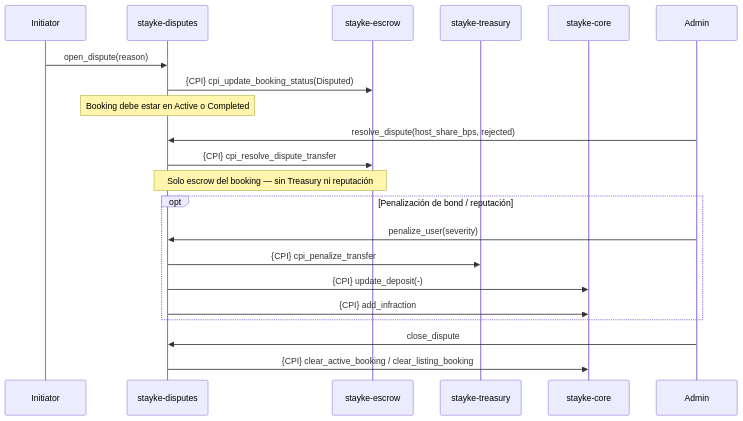
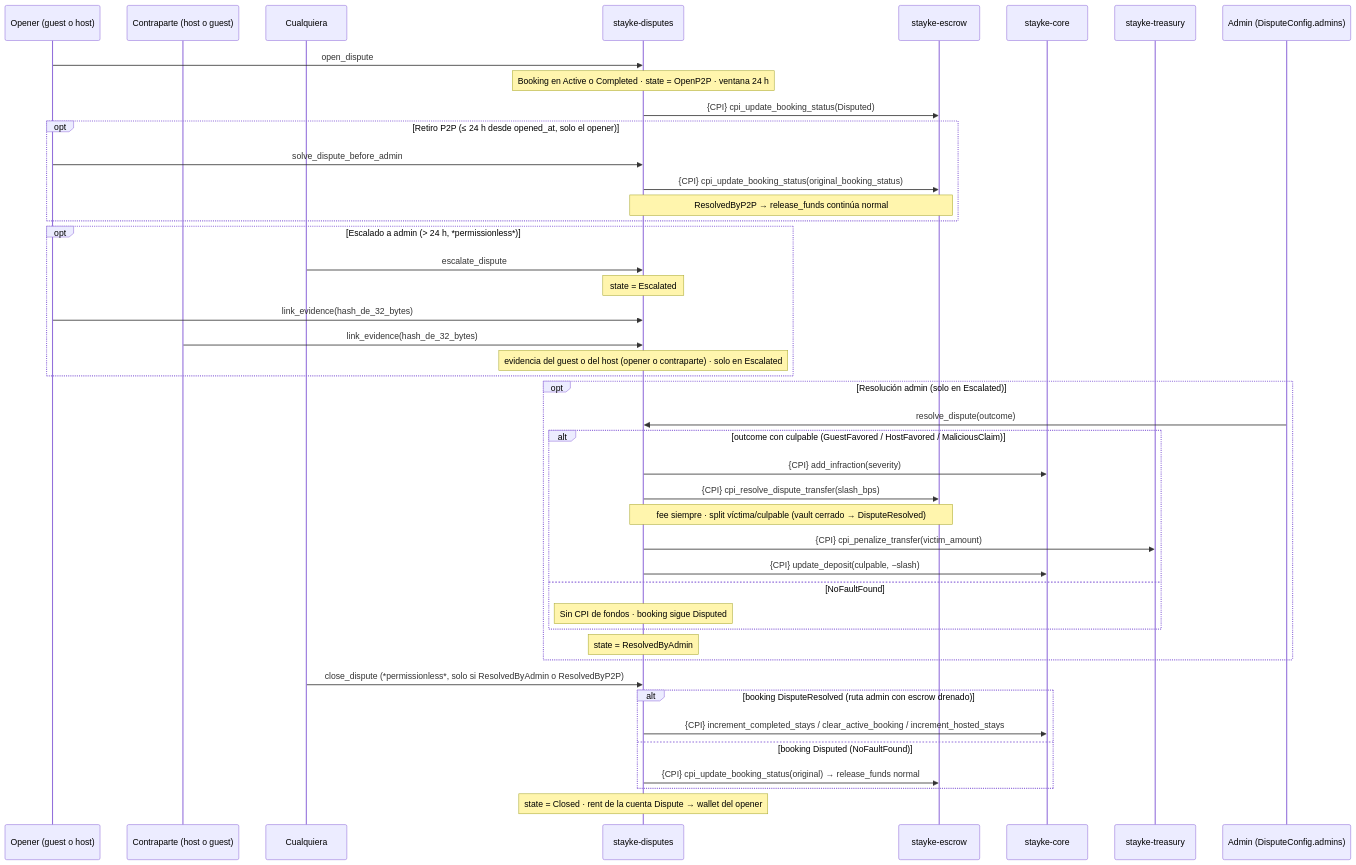
One commit to GestLabs2-0/stayke-contracts changed the fifth of 8 diagrams in docs/stayke-flow-diagram.md. Above: the diagram before and after it, drawn with Mermaid. The commit also changed other lines of this file and 4 other files, not shown here.

````diff
--- a/docs/stayke-flow-diagram.md
+++ b/docs/stayke-flow-diagram.md
@@ -202,27 +211,51 @@
 ```mermaid
 sequenceDiagram
-    participant U as Initiator
+    participant OP as Opener (guest o host)
+    participant CP as Contraparte (host o guest)
+    participant Any as Cualquiera
     participant D as stayke-disputes
     participant E as stayke-escrow
+    participant C as stayke-core
     participant T as stayke-treasury
-    participant C as stayke-core
-    participant A as Admin
+    participant A as Admin (DisputeConfig.admins)
 
-    U->>D: open_dispute(reason)
+    OP->>D: open_dispute
+    Note over D: Booking en Active o Completed · state = OpenP2P · ventana 24 h
     D->>E: {CPI} cpi_update_booking_status(Disputed)
-    Note over D: Booking debe estar en Active o Completed
 
-    A->>D: resolve_dispute(host_share_bps, rejected)
-    D->>E: {CPI} cpi_resolve_dispute_transfer
-    Note over D,E: Solo escrow del booking — sin Treasury ni reputación
-
-    opt Penalización de bond / reputación
-        A->>D: penalize_user(severity)
-        D->>T: {CPI} cpi_penalize_transfer
-        D->>C: {CPI} update_deposit(-)
-        D->>C: {CPI} add_infraction
+    opt Retiro P2P (≤ 24 h desde opened_at, solo el opener)
+        OP->>D: solve_dispute_before_admin
+        D->>E: {CPI} cpi_update_booking_status(original_booking_status)
+        Note over D,E: ResolvedByP2P → release_funds continúa normal
     end
 
-    A->>D: close_dispute
-    D->>C: {CPI} clear_active_booking / clear_listing_booking
+    opt Escalado a admin (> 24 h, *permissionless*)
+        Any->>D: escalate_dispute
+        Note over D: state = Escalated
+        OP->>D: link_evidence(hash_de_32_bytes)
+        CP->>D: link_evidence(hash_de_32_bytes)
+        Note over D: evidencia del guest o del host (opener o contraparte) · solo en Escalated
+    end
+
+    opt Resolución admin (solo en Escalated)
+        A->>D: resolve_dispute(outcome)
+        alt outcome con culpable (GuestFavored / HostFavored / MaliciousClaim)
+            D->>C: {CPI} add_infraction(severity)
+            D->>E: {CPI} cpi_resolve_dispute_transfer(slash_bps)
+            Note over D,E: fee siempre · split víctima/culpable (vault cerrado → DisputeResolved)
+            D->>T: {CPI} cpi_penalize_transfer(victim_amount)
+            D->>C: {CPI} update_deposit(culpable, −slash)
+        else NoFaultFound
+            Note over D: Sin CPI de fondos · booking sigue Disputed
+        end
+        Note over D: state = ResolvedByAdmin
+    end
+
+    Any->>D: close_dispute (*permissionless*, solo si ResolvedByAdmin o ResolvedByP2P)
+    alt booking DisputeResolved (ruta admin con escrow drenado)
+        D->>C: {CPI} increment_completed_stays / clear_active_booking / increment_hosted_stays
+    else booking Disputed (NoFaultFound)
+        D->>E: {CPI} cpi_update_booking_status(original) → release_funds normal
+    end
+    Note over D: state = Closed · rent de la cuenta Dispute → wallet del opener
 ```
````
